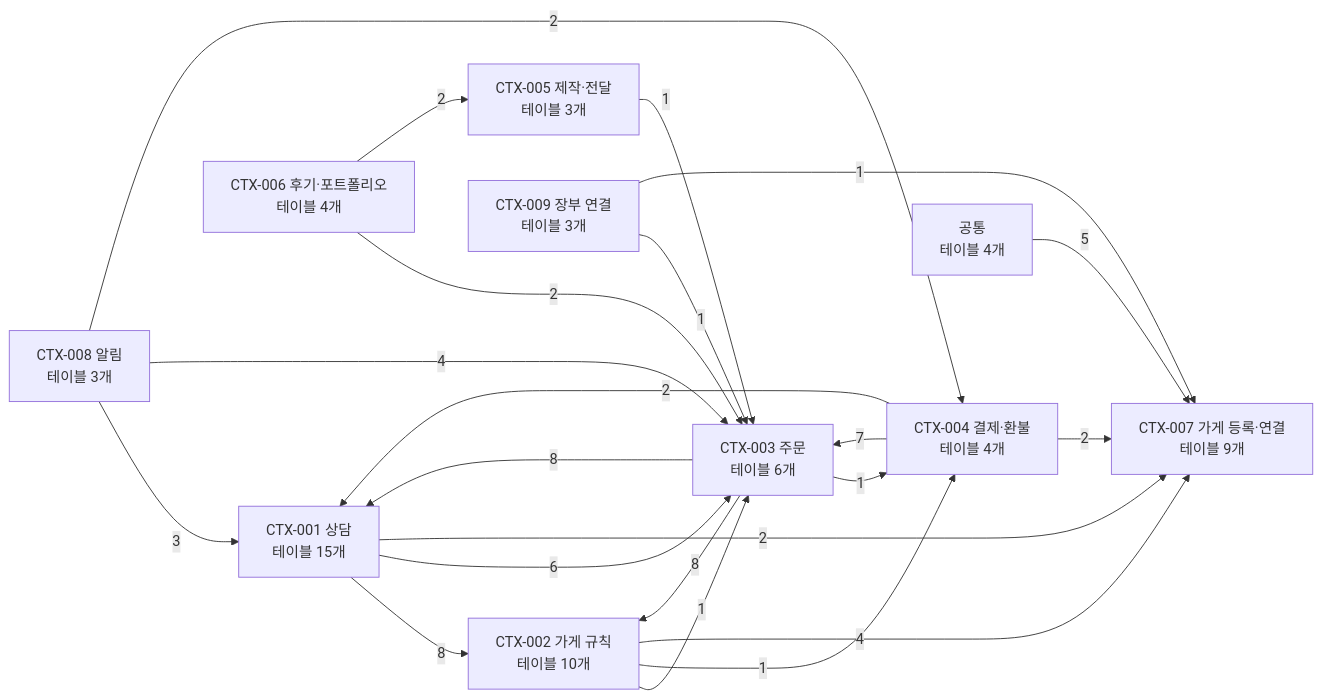
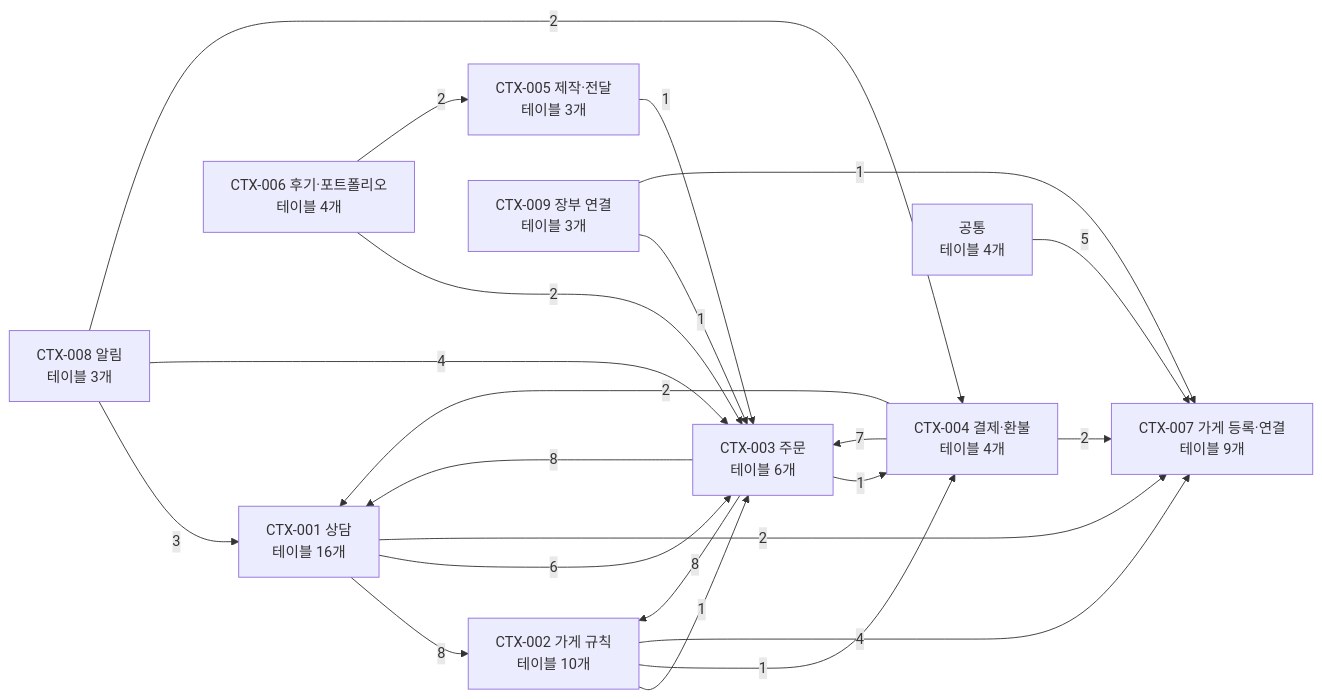
One commit to kodonghui/siljang.ai changed the first of 11 diagrams in docs/05-erd/README.md. Above: the diagram before and after it, drawn with Mermaid. The commit also changed other lines of this file and 123 other files, not shown here.

````diff
--- a/docs/05-erd/README.md
+++ b/docs/05-erd/README.md
@@ -141,34 +142,34 @@
 ```mermaid
 flowchart LR
-  C0["CTX-001 상담<br/>테이블 15개"]
+  C0["CTX-001 상담<br/>테이블 16개"]
   C1["CTX-002 가게 규칙<br/>테이블 10개"]
   C2["CTX-003 주문<br/>테이블 6개"]
   C3["CTX-004 결제·환불<br/>테이블 4개"]
   C4["CTX-005 제작·전달<br/>테이블 3개"]
   C5["CTX-006 후기·포트폴리오<br/>테이블 4개"]
   C6["CTX-007 가게 등록·연결<br/>테이블 9개"]
   C7["CTX-008 알림<br/>테이블 3개"]
   C8["CTX-009 장부 연결<br/>테이블 3개"]
   C9["공통<br/>테이블 4개"]
   C0 -->|8| C1
   C0 -->|6| C2
   C0 -->|2| C6
   C1 -->|1| C2
   C1 -->|1| C3
   C1 -->|4| C6
   C2 -->|8| C0
   C2 -->|8| C1
   C2 -->|1| C3
   C3 -->|2| C0
   C3 -->|7| C2
   C3 -->|2| C6
   C4 -->|1| C2
   C5 -->|2| C2
   C5 -->|2| C4
   C7 -->|3| C0
   C7 -->|4| C2
   C7 -->|2| C3
   C8 -->|1| C2
   C8 -->|1| C6
   C9 -->|5| C6
 ```
````
